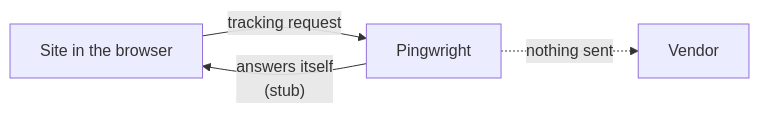
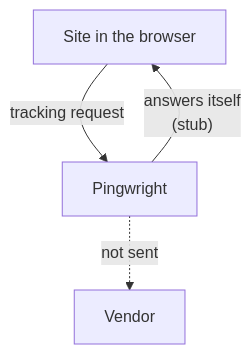
One commit to alfhen/pingwright changed the third of 3 diagrams in docs/guide/what-it-checks.md. Above: the diagram before and after it, drawn with Mermaid. The commit also changed other lines of this file and 5 other files, not shown here.

Commit message:
Fix review round 1: real sample output, stub mode text, diagram scale, term definitions, stronger lazy-load test

````diff
--- a/docs/guide/what-it-checks.md
+++ b/docs/guide/what-it-checks.md
@@ -49,6 +49,6 @@
 ```mermaid
-flowchart LR
+flowchart TB
   page["Site in the browser"] -->|tracking request| pw["Pingwright"]
   pw -->|"answers itself<br/>(stub)"| page
-  pw -.->|"nothing sent"| vendor["Vendor"]
+  pw -.->|"not sent"| vendor["Vendor"]
 ```
````
